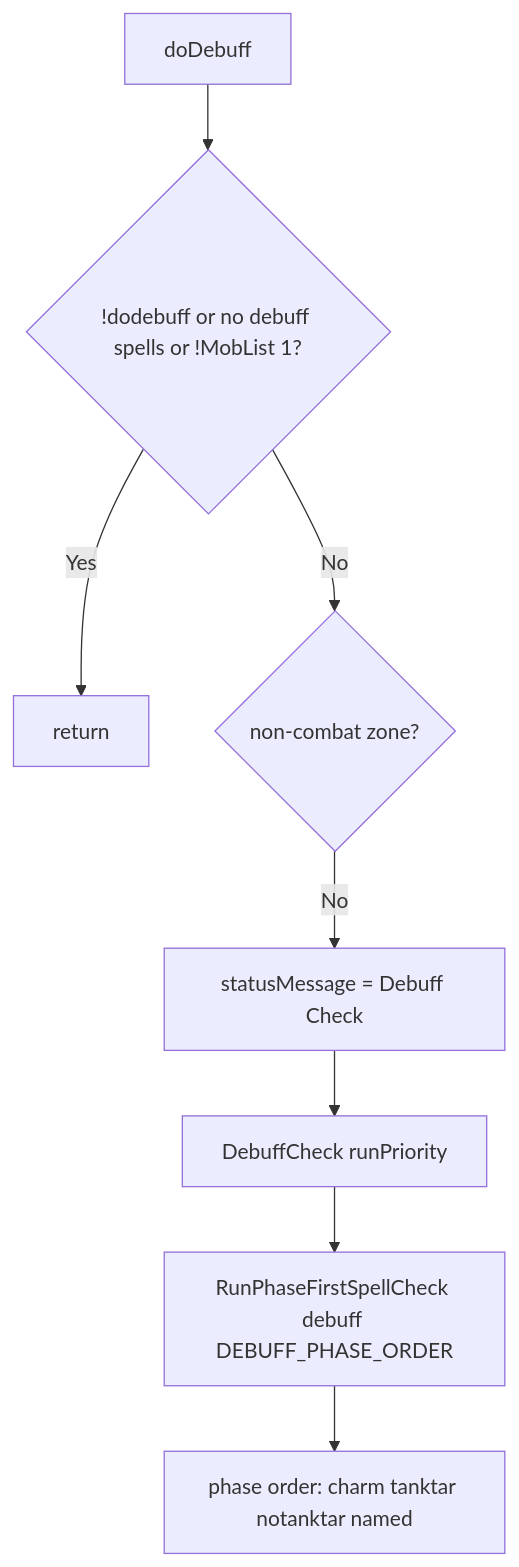
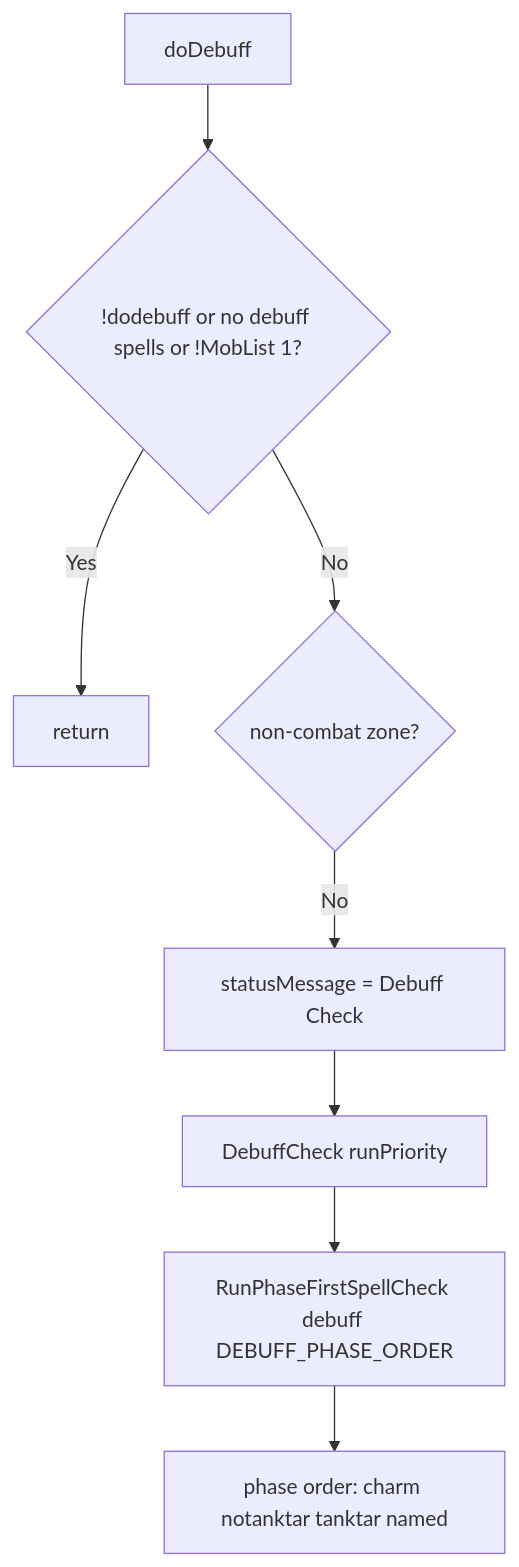
Before and after one commit to Cezero/czbot: the diagram in docs/botlogic/hook-dodebuff.md, drawn with Mermaid. The commit also changed other lines of this file and 4 other files, not shown here.

````diff
--- a/docs/botlogic/hook-dodebuff.md
+++ b/docs/botlogic/hook-dodebuff.md
@@ -10,10 +10,10 @@
 ```mermaid
 flowchart TB
     Start[doDebuff] --> Guards{!dodebuff or no debuff spells or !MobList 1?}
     Guards -->|Yes| End[return]
     Guards -->|No| Zone{non-combat zone?}
     Zone -->|No| Status[statusMessage = Debuff Check]
     Status --> DebuffCheck[DebuffCheck runPriority]
     DebuffCheck --> RunPhase[RunPhaseFirstSpellCheck debuff DEBUFF_PHASE_ORDER]
-    RunPhase --> PhaseLoop[phase order: charm tanktar notanktar named]
+    RunPhase --> PhaseLoop[phase order: charm notanktar tanktar named]
 ```
````
